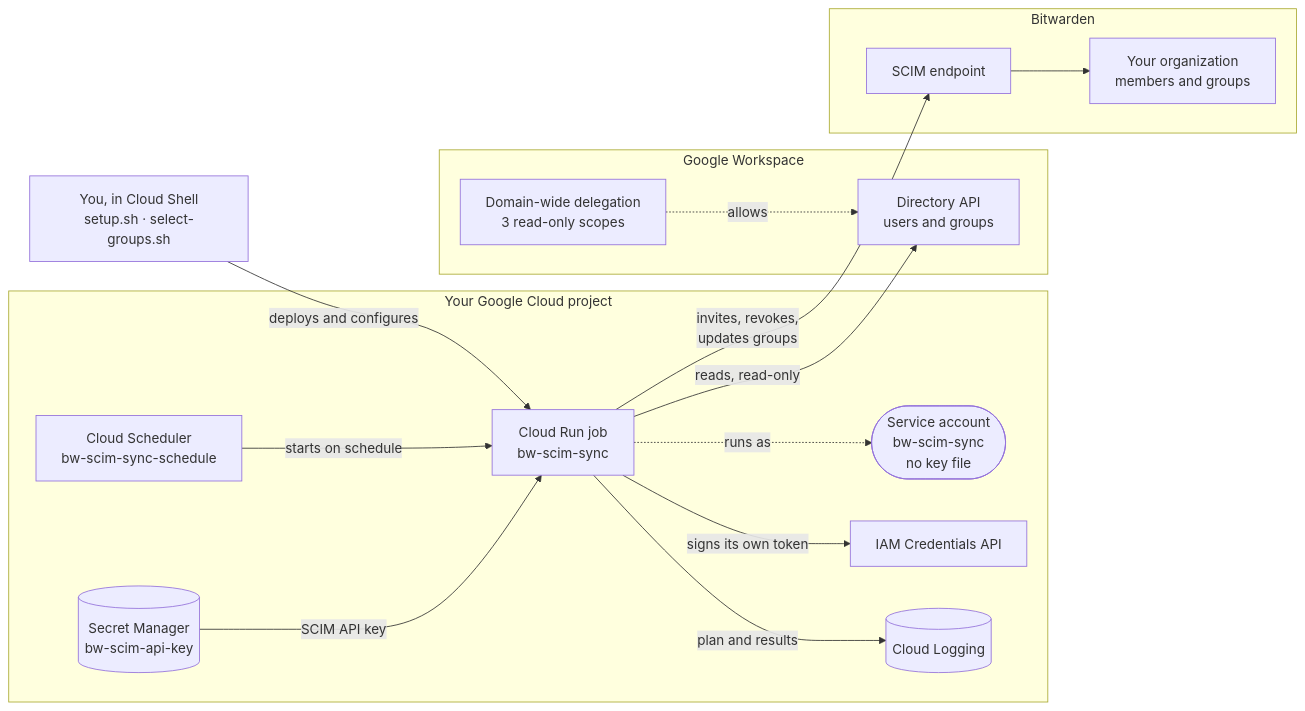
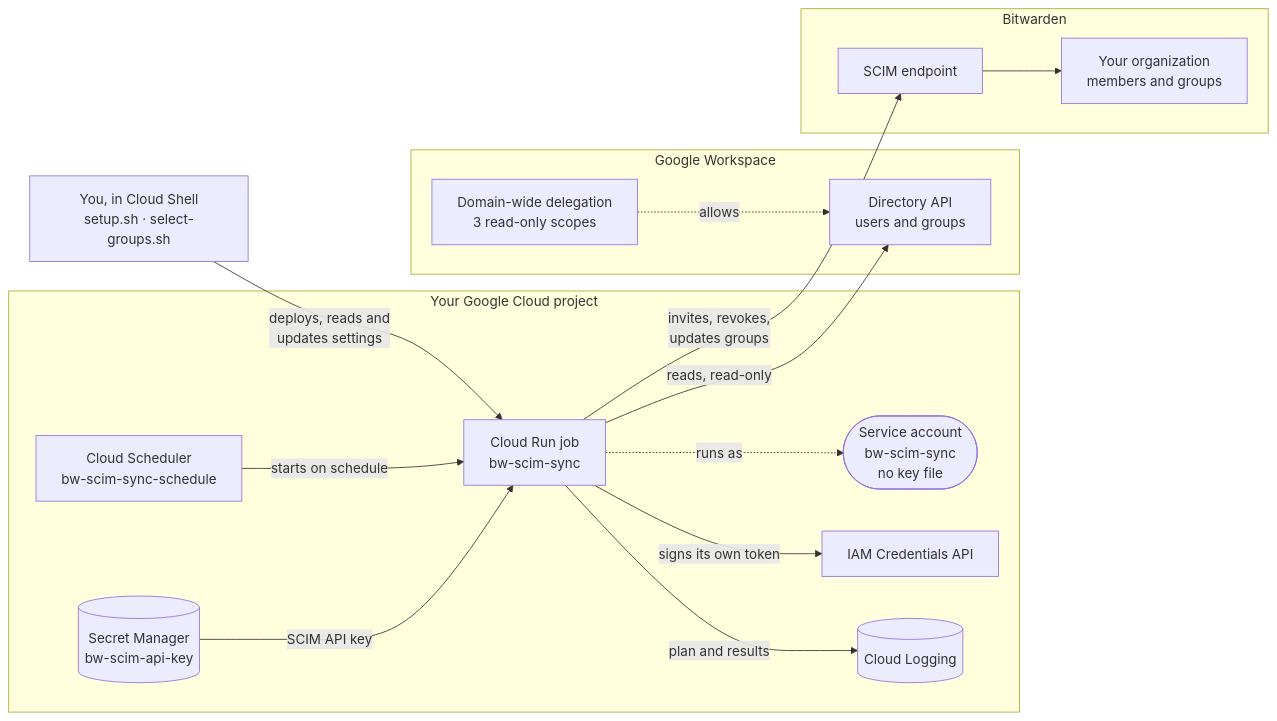
One commit to bitwarden-labs/bw-gws-scim-sync changed the first of 4 diagrams in README.md. Above: the diagram before and after it, drawn with Mermaid. The commit also changed other lines of this file and 3 other files, not shown here.

First line of the commit message:
setup.sh reads the deployed job on reruns; diagrams show the settings

````diff
--- a/README.md
+++ b/README.md
@@ -34,30 +34,30 @@
 ```mermaid
 flowchart LR
     ADMIN["You, in Cloud Shell<br/>setup.sh · select-groups.sh"]
     subgraph GCP["Your Google Cloud project"]
         SCHED["Cloud Scheduler<br/>bw-scim-sync-schedule"]
         JOB["Cloud Run job<br/>bw-scim-sync"]
         SA(["Service account<br/>bw-scim-sync<br/>no key file"])
         SECRET[("Secret Manager<br/>bw-scim-api-key")]
         IAMC["IAM Credentials API"]
         LOGS[("Cloud Logging")]
     end
     subgraph GWS["Google Workspace"]
         DWD["Domain-wide delegation<br/>3 read-only scopes"]
         DIR["Directory API<br/>users and groups"]
     end
     subgraph BWD["Bitwarden"]
         SCIM["SCIM endpoint"]
         ORG["Your organization<br/>members and groups"]
     end
-    ADMIN -- "deploys and configures" --> JOB
+    ADMIN -- "deploys, reads and<br/>updates settings" --> JOB
     SCHED -- "starts on schedule" --> JOB
     JOB -. "runs as" .-> SA
     SECRET -- "SCIM API key" --> JOB
     JOB -- "signs its own token" --> IAMC
     JOB -- "reads, read-only" --> DIR
     DWD -. "allows" .-> DIR
     JOB -- "invites, revokes,<br/>updates groups" --> SCIM
     SCIM --> ORG
     JOB -- "plan and results" --> LOGS
 ```
````
